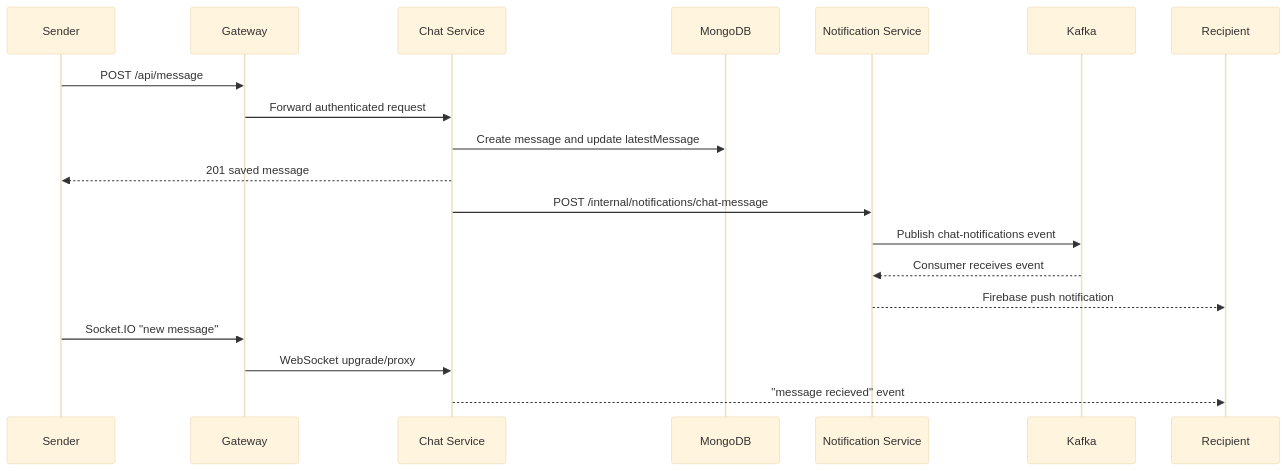
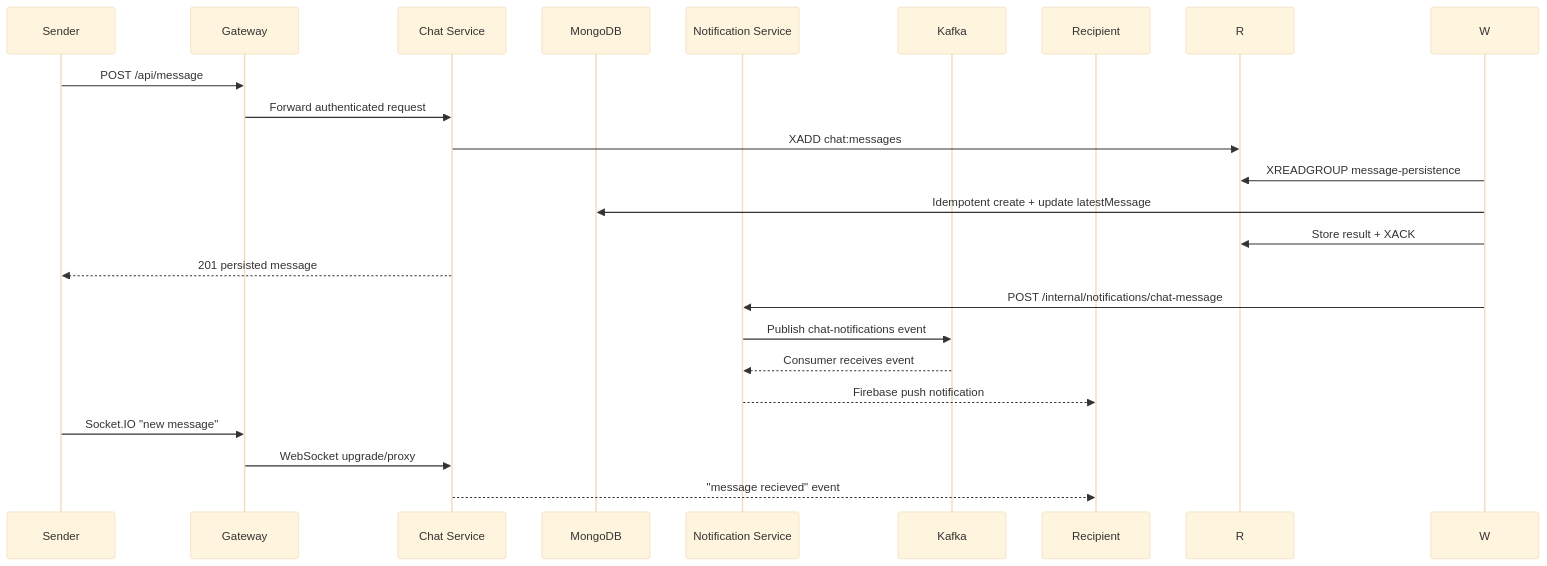
Before and after one commit to Akshanshkaushal/ComConnect: the third of 9 diagrams in docs/architecture-guide.md, drawn with Mermaid (base theme). The commit also changed other lines of this file and 34 other files, not shown here.

Commit message:
microsrvices architecture

````diff
--- a/docs/architecture-guide.md
+++ b/docs/architecture-guide.md
@@ -139,22 +149,25 @@
 ```mermaid
 sequenceDiagram
   participant A as Sender
   participant G as Gateway
   participant C as Chat Service
   participant DB as MongoDB
   participant N as Notification Service
   participant K as Kafka
   participant B as Recipient
 
   A->>G: POST /api/message
   G->>C: Forward authenticated request
-  C->>DB: Create message and update latestMessage
-  C-->>A: 201 saved message
-  C->>N: POST /internal/notifications/chat-message
+  C->>R: XADD chat:messages
+  W->>R: XREADGROUP message-persistence
+  W->>DB: Idempotent create + update latestMessage
+  W->>R: Store result + XACK
+  C-->>A: 201 persisted message
+  W->>N: POST /internal/notifications/chat-message
   N->>K: Publish chat-notifications event
   K-->>N: Consumer receives event
   N-->>B: Firebase push notification
   A->>G: Socket.IO "new message"
   G->>C: WebSocket upgrade/proxy
   C-->>B: "message recieved" event
 ```
````
